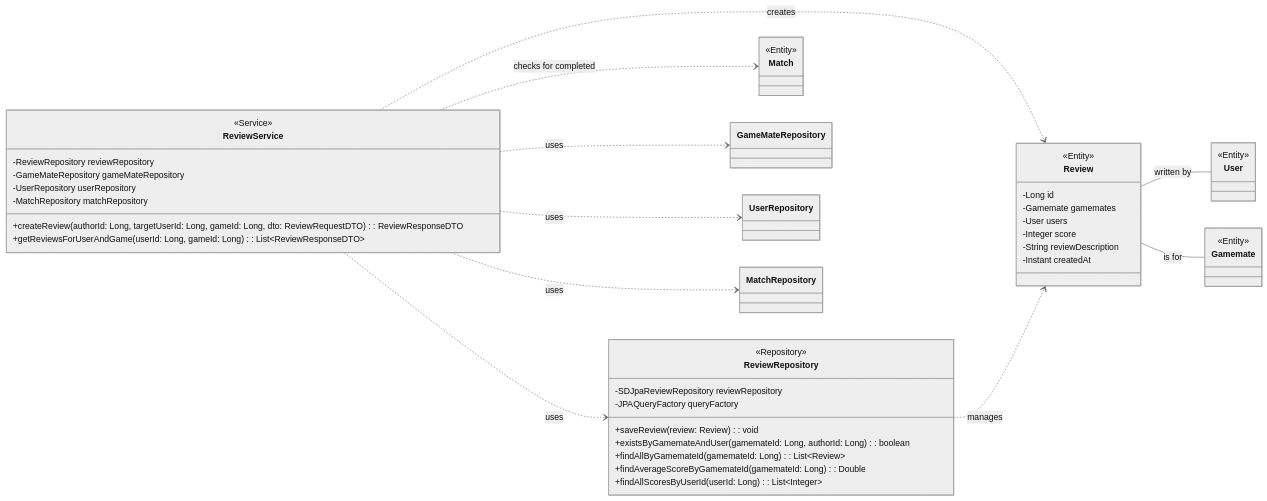
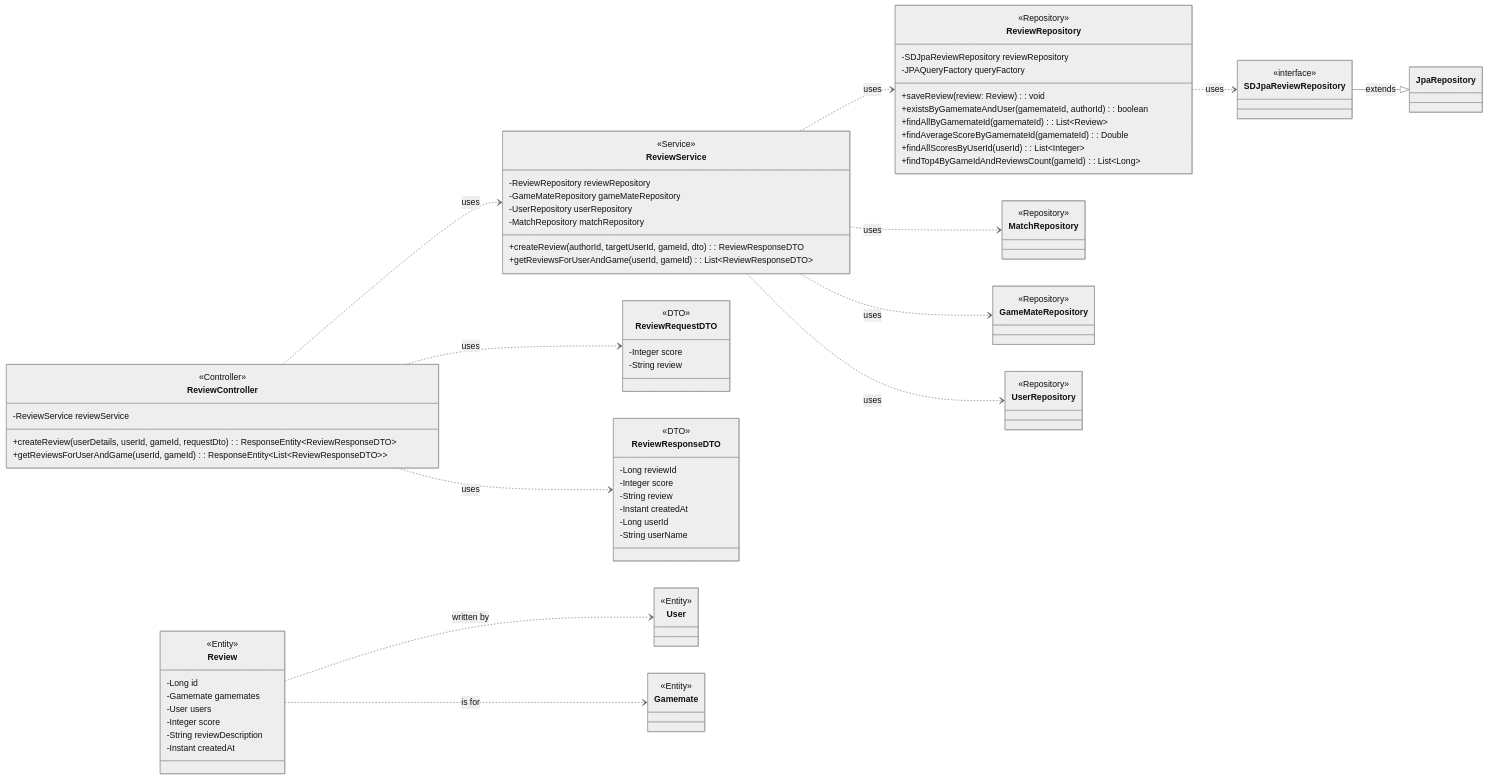
The diagram in SDS/classDiagram/reviewClassDiagram.md (rororo33/game-s-cord), drawn with Mermaid (neutral theme) before and after one commit. The commit also changed other lines of this file and 11 other files, not shown here.

Commit message:
fix: 클래스 다이어그램 수정

````diff
--- a/SDS/classDiagram/reviewClassDiagram.md
+++ b/SDS/classDiagram/reviewClassDiagram.md
@@ -3,51 +3,79 @@
 ```mermaid
 classDiagram
     direction LR
+
+    class ReviewController {
+        <<Controller>>
+        -ReviewService reviewService
+        +createReview(userDetails, userId, gameId, requestDto): ResponseEntity~ReviewResponseDTO~
+        +getReviewsForUserAndGame(userId, gameId): ResponseEntity~List~ReviewResponseDTO~~
+    }
 
     class ReviewService {
         <<Service>>
         -ReviewRepository reviewRepository
         -GameMateRepository gameMateRepository
         -UserRepository userRepository
         -MatchRepository matchRepository
-        +createReview(authorId: Long, targetUserId: Long, gameId: Long, dto: ReviewRequestDTO): ReviewResponseDTO
-        +getReviewsForUserAndGame(userId: Long, gameId: Long): List~ReviewResponseDTO~
+        +createReview(authorId, targetUserId, gameId, dto): ReviewResponseDTO
+        +getReviewsForUserAndGame(userId, gameId): List~ReviewResponseDTO~
     }
 
     class ReviewRepository {
         <<Repository>>
         -SDJpaReviewRepository reviewRepository
         -JPAQueryFactory queryFactory
         +saveReview(review: Review): void
-        +existsByGamemateAndUser(gamemateId: Long, authorId: Long): boolean
-        +findAllByGamemateId(gamemateId: Long): List~Review~
-        +findAverageScoreByGamemateId(gamemateId: Long): Double
-        +findAllScoresByUserId(userId: Long): List~Integer~
+        +existsByGamemateAndUser(gamemateId, authorId): boolean
+        +findAllByGamemateId(gamemateId): List~Review~
+        +findAverageScoreByGamemateId(gamemateId): Double
+        +findAllScoresByUserId(userId): List~Integer~
+        +findTop4ByGameIdAndReviewsCount(gameId): List~Long~
     }
 
     class Review {
         <<Entity>>
         -Long id
         -Gamemate gamemates
         -User users
         -Integer score
         -String reviewDescription
         -Instant createdAt
     }
 
+    class ReviewRequestDTO {
+        <<DTO>>
+        -Integer score
+        -String review
+    }
+
+    class ReviewResponseDTO {
+        <<DTO>>
+        -Long reviewId
+        -Integer score
+        -String review
+        -Instant createdAt
+        -Long userId
+        -String userName
+    }
+
     class User { <<Entity>> }
     class Gamemate { <<Entity>> }
-    class Match { <<Entity>> }
+    class MatchRepository { <<Repository>> }
+    class GameMateRepository { <<Repository>> }
+    class UserRepository { <<Repository>> }
+    class SDJpaReviewRepository { <<interface>> }
 
     %% Relationships
+    ReviewController ..> ReviewService : uses
     ReviewService ..> ReviewRepository : uses
     ReviewService ..> GameMateRepository : uses
     ReviewService ..> UserRepository : uses
     ReviewService ..> MatchRepository : uses
-    ReviewService ..> Review : creates
-    ReviewRepository ..> Review : manages
-
-    Review -- User : written by
-    Review -- Gamemate : is for
-    ReviewService ..> Match : checks for completed
+    ReviewRepository ..> SDJpaReviewRepository : uses
+    SDJpaReviewRepository --|> JpaRepository : extends
+    Review ..> Gamemate : is for
+    Review ..> User : written by
+    ReviewController ..> ReviewRequestDTO : uses
+    ReviewController ..> ReviewResponseDTO : uses
 ```
````
